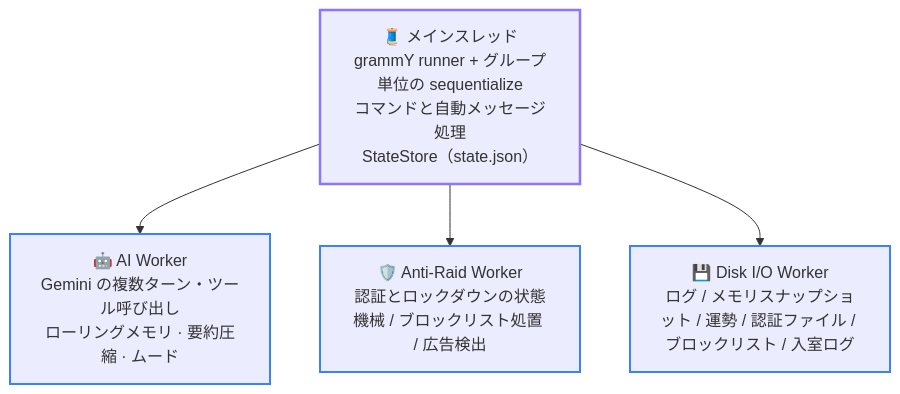
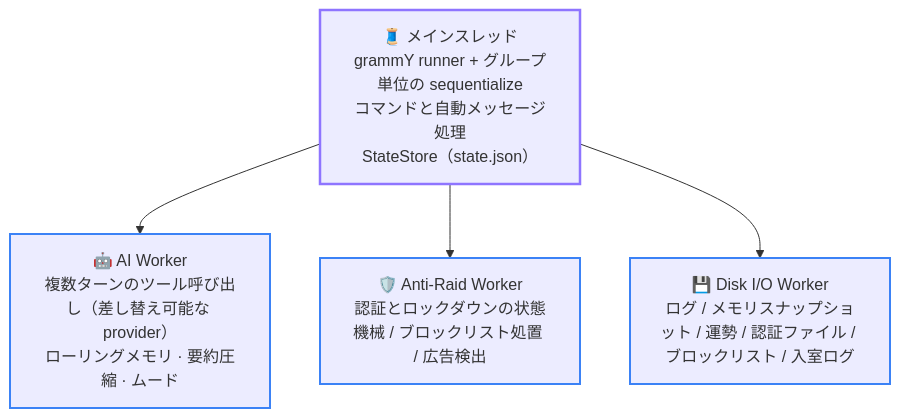
The first of 2 diagrams in docs/ja/02-architecture.md (Asashishi/copy_ninjia), drawn with Mermaid before and after one commit. The commit also changed other lines of this file and 193 other files, not shown here.

````diff
--- a/docs/ja/02-architecture.md
+++ b/docs/ja/02-architecture.md
@@ -17,14 +17,14 @@
 ```mermaid
 flowchart TD
     classDef main stroke:#8e75ff,stroke-width:2.5px;
     classDef worker stroke:#3b82f6,stroke-width:2px;
 
     MAIN["🧵 メインスレッド<br/>grammY runner + グループ単位の sequentialize<br/>コマンドと自動メッセージ処理<br/>StateStore（state.json）"]:::main
-    AI["🤖 AI Worker<br/>Gemini の複数ターン・ツール呼び出し<br/>ローリングメモリ · 要約圧縮 · ムード"]:::worker
+    AI["🤖 AI Worker<br/>複数ターンのツール呼び出し（差し替え可能な provider）<br/>ローリングメモリ · 要約圧縮 · ムード"]:::worker
     RAID["🛡️ Anti-Raid Worker<br/>認証とロックダウンの状態機械 / ブロックリスト処置 / 広告検出"]:::worker
     DISK["💾 Disk I/O Worker<br/>ログ / メモリスナップショット / 運勢 / 認証ファイル / ブロックリスト / 入室ログ"]:::worker
 
     MAIN --> AI
     MAIN --> RAID
     MAIN --> DISK
 ```
````
